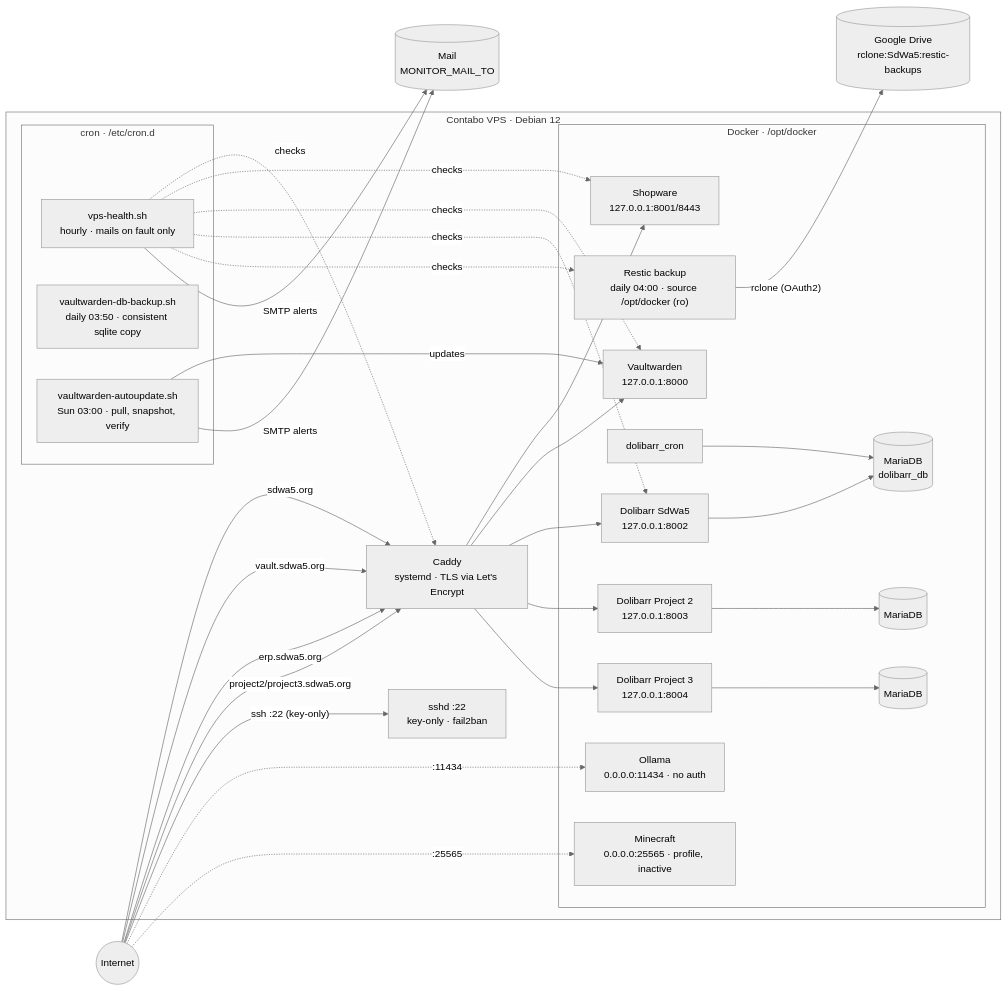
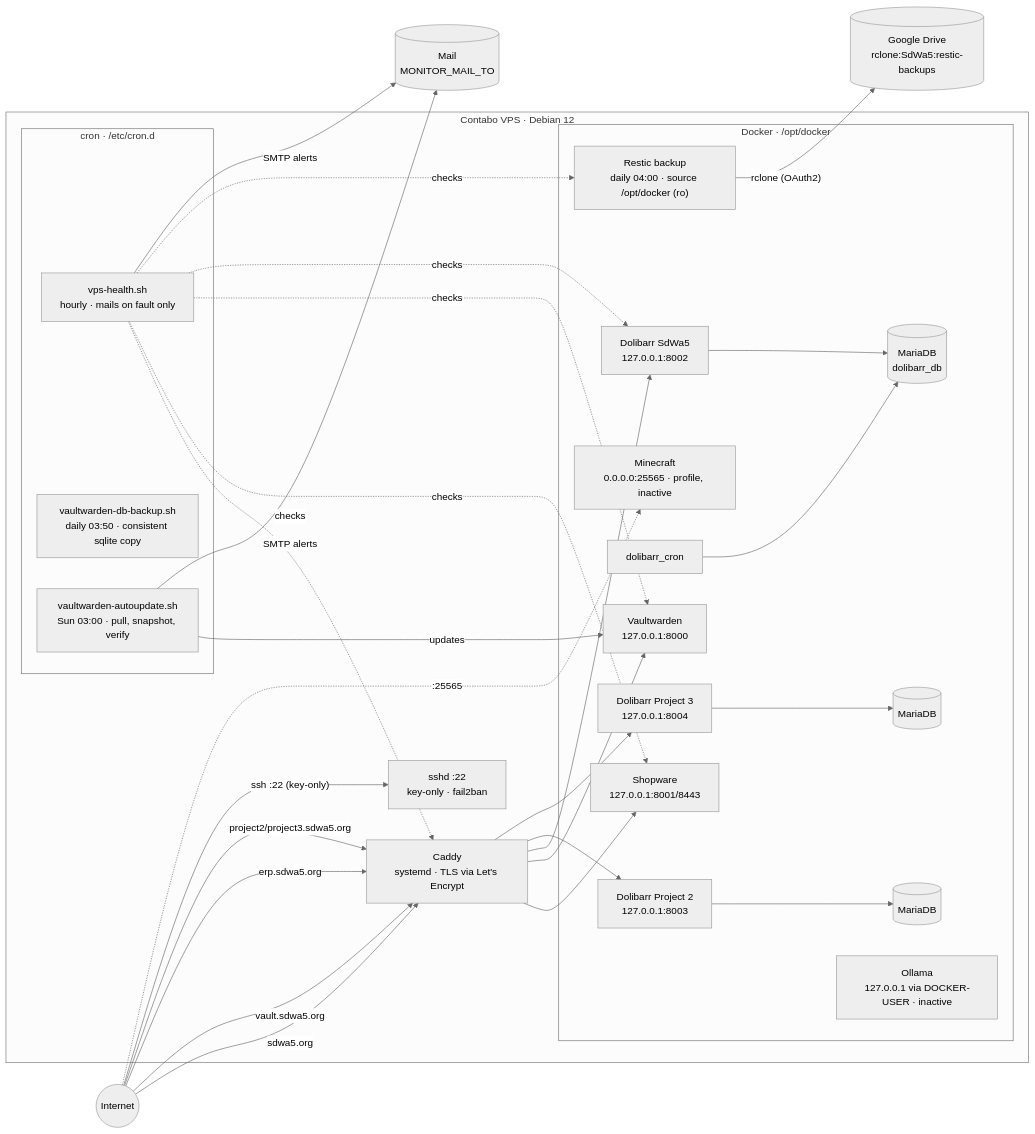
One commit to SdWa5/vps changed the diagram in docs/infrastructure.md. Above: the diagram before and after it, drawn with Mermaid (neutral theme). The commit also changed other lines of this file and 7 other files, not shown here.

````diff
--- a/docs/infrastructure.md
+++ b/docs/infrastructure.md
@@ -7,50 +7,49 @@
 ```mermaid
 flowchart LR
     U((Internet))
 
     subgraph vps ["Contabo VPS · Debian 12"]
         C["Caddy<br/>systemd · TLS via Let's Encrypt"]
 
         subgraph docker ["Docker · /opt/docker"]
             SW["Shopware<br/>127.0.0.1:8001/8443"]
             VW["Vaultwarden<br/>127.0.0.1:8000"]
             DL["Dolibarr SdWa5<br/>127.0.0.1:8002"]
             DLC["dolibarr_cron"]
             DLDB[("MariaDB<br/>dolibarr_db")]
             P2["Dolibarr Project 2<br/>127.0.0.1:8003"]
             P2DB[("MariaDB")]
             P3["Dolibarr Project 3<br/>127.0.0.1:8004"]
             P3DB[("MariaDB")]
-            OL["Ollama<br/>0.0.0.0:11434 · no auth"]
+            OL["Ollama<br/>127.0.0.1 via DOCKER-USER · inactive"]
             MC["Minecraft<br/>0.0.0.0:25565 · profile, inactive"]
             RS["Restic backup<br/>daily 04:00 · source /opt/docker (ro)"]
         end
 
         subgraph cron ["cron · /etc/cron.d"]
             HC["vps-health.sh<br/>hourly · mails on fault only"]
             DB["vaultwarden-db-backup.sh<br/>daily 03:50 · consistent sqlite copy"]
             AU["vaultwarden-autoupdate.sh<br/>Sun 03:00 · pull, snapshot, verify"]
         end
 
         SSHD["sshd :22<br/>key-only · fail2ban"]
     end
 
     GD[("Google Drive<br/>rclone:SdWa5:restic-backups")]
     U -- " sdwa5.org " --> C
     U -- " vault.sdwa5.org " --> C
     U -- " erp.sdwa5.org " --> C
     U -- " project2/project3.sdwa5.org " --> C
     U -- " ssh :22 (key-only) " --> SSHD
-    U -. " :11434 " .-> OL
     U -. " :25565 " .-> MC
     C --> SW & VW & DL
     C --> P2 & P3
     DL --> DLDB
     DLC --> DLDB
     P2 --> P2DB
     P3 --> P3DB
     RS -- " rclone (OAuth2) " --> GD
     HC -. " checks " .-> C & SW & VW & DL & RS
     AU -- " updates " --> VW
     HC & AU -- " SMTP alerts " --> MB[("Mail<br/>MONITOR_MAIL_TO")]
 ```
````
